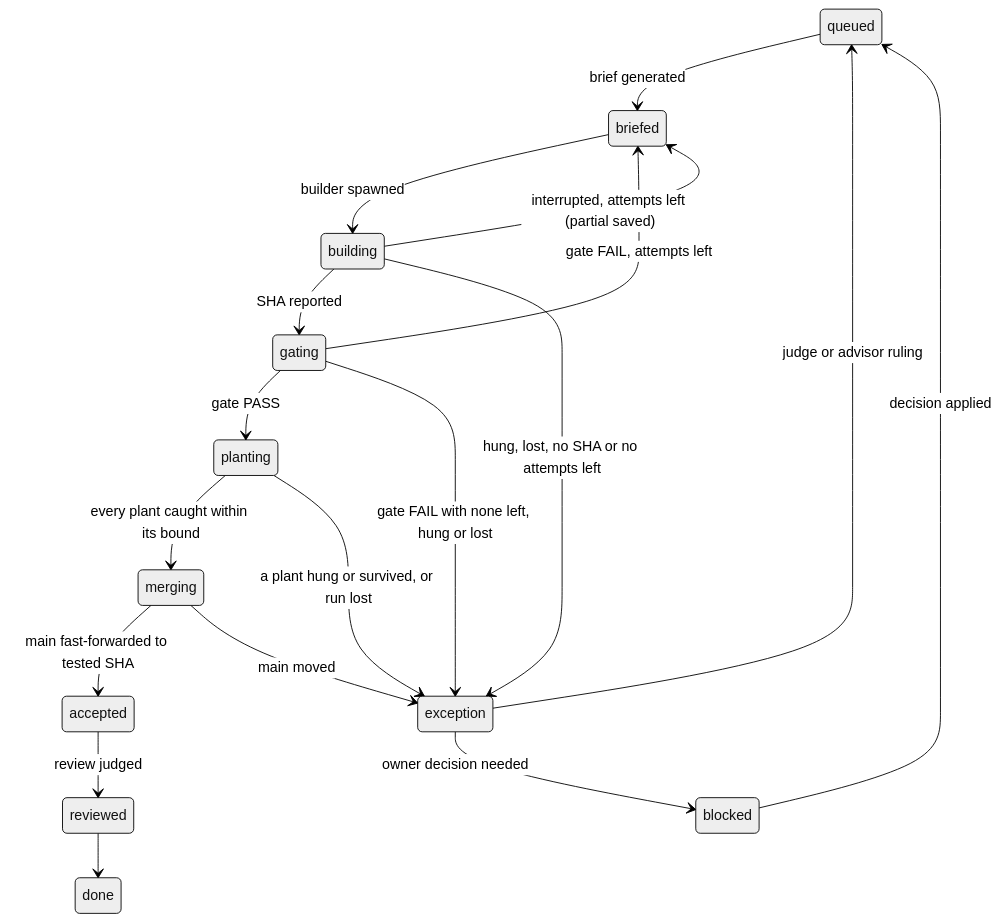
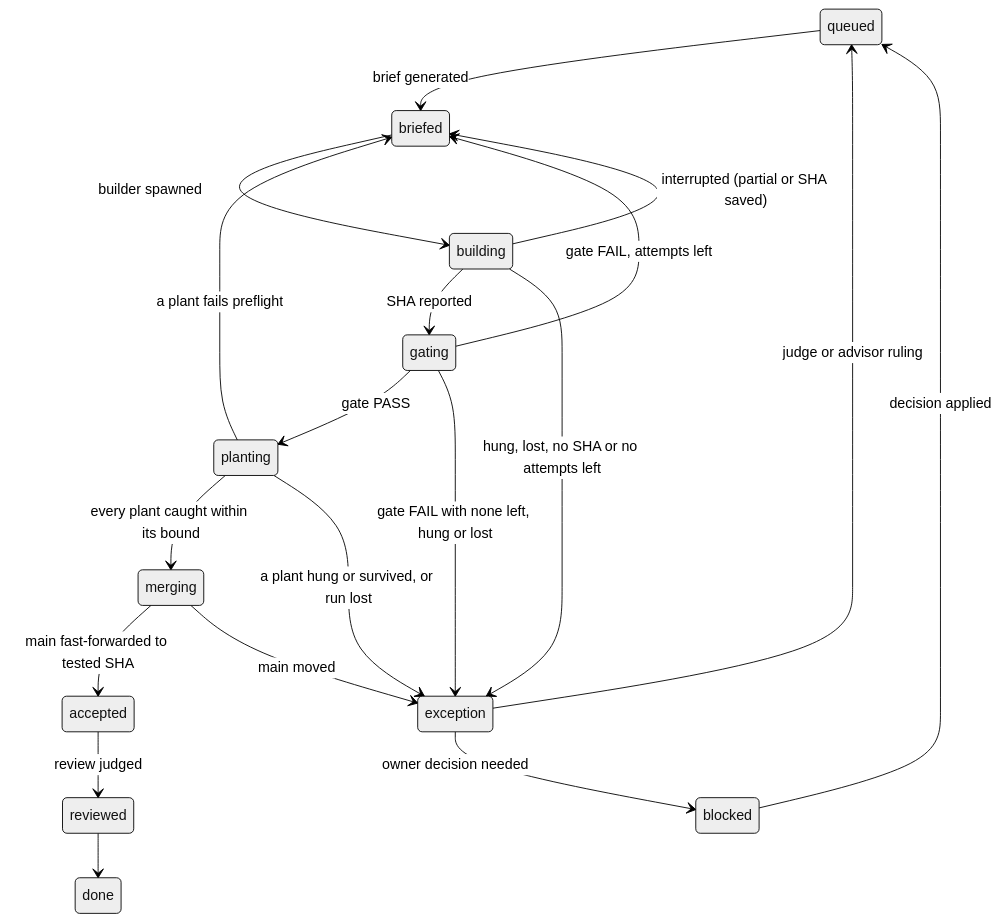
One commit to igor1309/ai-labs changed the diagram in research/agister/research/Build-loop orchestrator.md. Above: the diagram before and after it, drawn with Mermaid (neutral theme). The commit also changed other lines of this file, not shown here.

````diff
--- a/research/agister/research/Build-loop orchestrator.md
+++ b/research/agister/research/Build-loop orchestrator.md
@@ -39,20 +40,21 @@
 ```mermaid
 stateDiagram-v2
   queued --> briefed: brief generated
   briefed --> building: builder spawned
   building --> gating: SHA reported
-  building --> briefed: interrupted, attempts left (partial saved)
+  building --> briefed: interrupted (partial or SHA saved)
   building --> exception: hung, lost, no SHA or no attempts left
   gating --> planting: gate PASS
   gating --> briefed: gate FAIL, attempts left
   gating --> exception: gate FAIL with none left, hung or lost
+  planting --> briefed: a plant fails preflight
   planting --> merging: every plant caught within its bound
   planting --> exception: a plant hung or survived, or run lost
   merging --> accepted: main fast-forwarded to tested SHA
   merging --> exception: main moved
   accepted --> reviewed: review judged
   reviewed --> done
   exception --> queued: judge or advisor ruling
   exception --> blocked: owner decision needed
   blocked --> queued: decision applied
 ```
````
